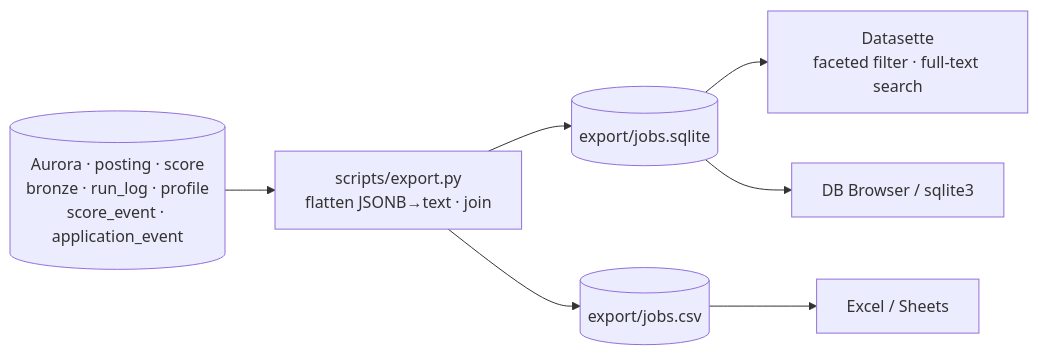
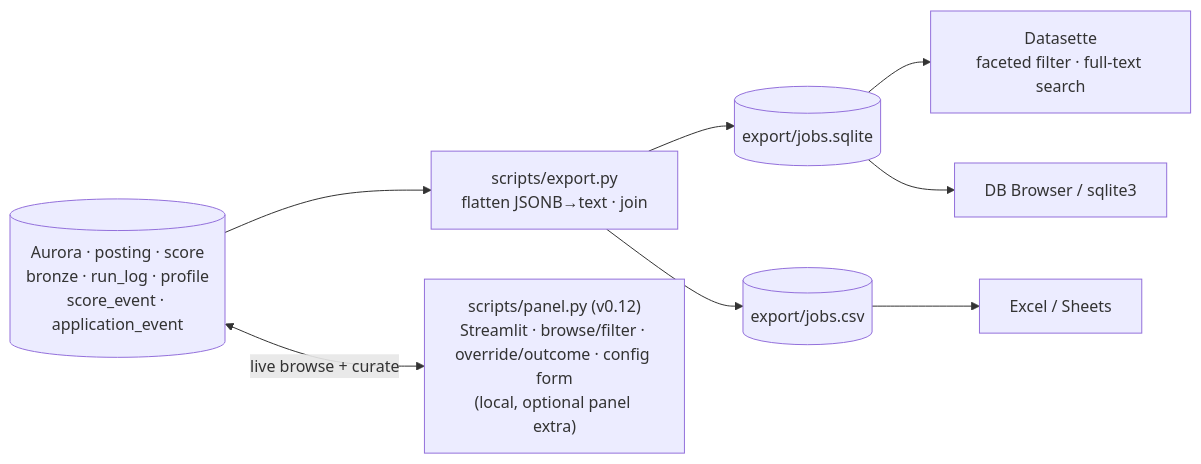
One commit to tarigelamin1997/jobfetcher changed the eighth of 8 diagrams in docs/diagrams.md. Above: the diagram before and after it, drawn with Mermaid. The commit also changed other lines of this file and 7 other files, not shown here.

````diff
--- a/docs/diagrams.md
+++ b/docs/diagrams.md
@@ -259,9 +270,10 @@
 ```mermaid
 flowchart LR
   PG[("Aurora · posting · score<br/>bronze · run_log · profile<br/>score_event · application_event")] --> EX["scripts/export.py<br/>flatten JSONB→text · join"]
   EX --> SQ[("export/jobs.sqlite")]
   EX --> CSV[("export/jobs.csv")]
   SQ --> DS["Datasette<br/>faceted filter · full-text search"]
   SQ --> DB2["DB Browser / sqlite3"]
   CSV --> XL["Excel / Sheets"]
+  PG <-->|"live browse + curate"| PN["scripts/panel.py (v0.12)<br/>Streamlit · browse/filter · override/outcome · config form<br/>(local, optional panel extra)"]
 ```
````
